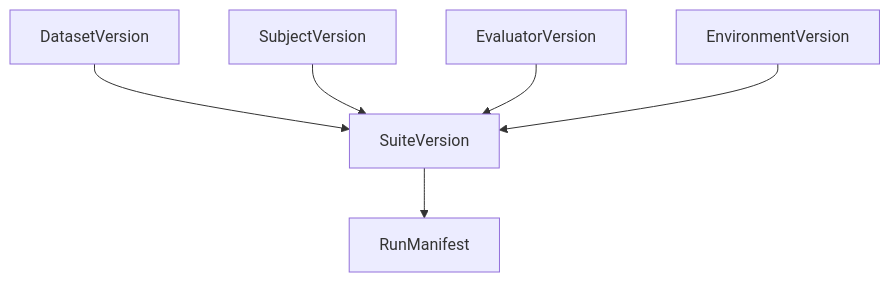
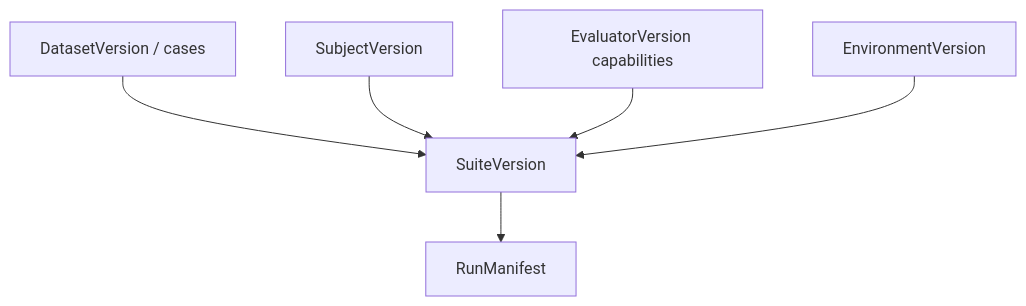
Before and after one commit to softprobe/document-website: the diagram in en/evaluation/guides/author-a-suite.md, drawn with Mermaid. The commit also changed other lines of this file and 14 other files, not shown here.

````diff
--- a/en/evaluation/guides/author-a-suite.md
+++ b/en/evaluation/guides/author-a-suite.md
@@ -13,10 +13,10 @@
 ```mermaid
 flowchart TB
-  Data[DatasetVersion]
+  Data[DatasetVersion / cases]
   Sub[SubjectVersion]
-  Eval[EvaluatorVersion]
+  Eval[EvaluatorVersion capabilities]
   Env[EnvironmentVersion]
   Suite[SuiteVersion]
-  Data & Sub & Eval & Env --> Suite
-  Suite --> Manifest[RunManifest]
+  Manifest[RunManifest]
+  Data & Sub & Eval & Env --> Suite --> Manifest
 ```
````
